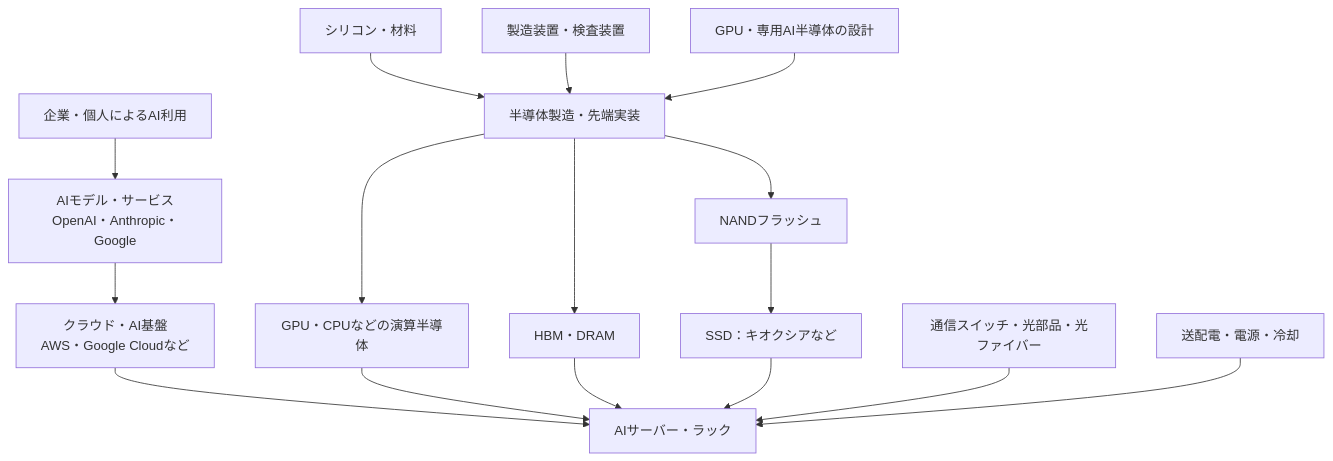
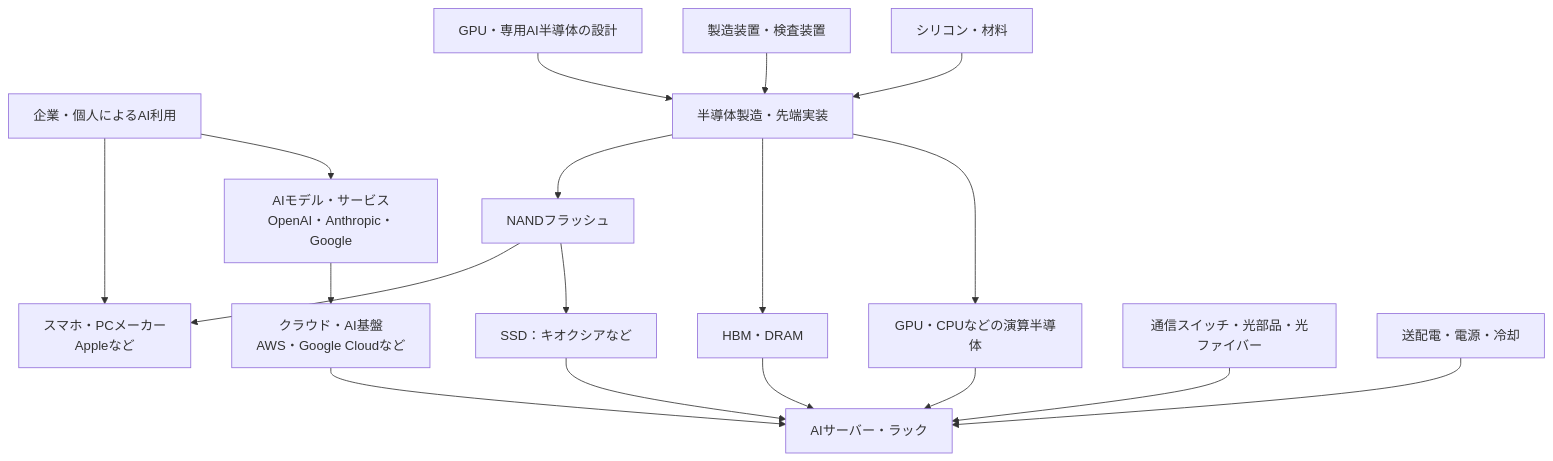
One commit to ryun0sk/asset-hub changed the diagram in research/themes/ai-supply-chain/2026-09-05/report.md. Above: the diagram before and after it, drawn with Mermaid. The commit also changed other lines of this file and 10 other files, not shown here.

````diff
--- a/research/themes/ai-supply-chain/2026-09-05/report.md
+++ b/research/themes/ai-supply-chain/2026-09-05/report.md
@@ -13,18 +13,20 @@
 ```mermaid
 flowchart TD
   A[企業・個人によるAI利用] --> M[AIモデル・サービス<br>OpenAI・Anthropic・Google]
   M --> B[クラウド・AI基盤<br>AWS・Google Cloudなど]
+  A --> I[スマホ・PCメーカー<br>Appleなど]
   B --> C[AIサーバー・ラック]
   W[シリコン・材料] --> F[半導体製造・先端実装]
   E[製造装置・検査装置] --> F
   D[GPU・専用AI半導体の設計] --> F
   F --> G[GPU・CPUなどの演算半導体]
   F --> H[HBM・DRAM]
   F --> N[NANDフラッシュ]
   N --> S[SSD：キオクシアなど]
+  N --> I
   G --> C
   H --> C
   S --> C
   O[通信スイッチ・光部品・光ファイバー] --> C
   P[送配電・電源・冷却] --> C
 ```
````
